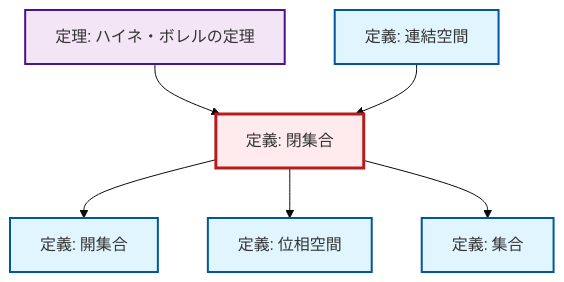
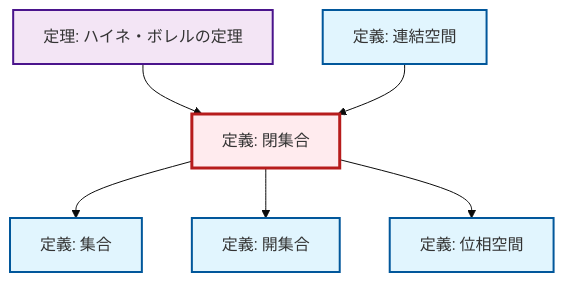
Before and after one commit to RK0429/ModernMath: the diagram in content/ja/topology/def-closed-set.qmd, drawn with Mermaid (base theme). The commit also changed other lines of this file and 328 other files, not shown here.

````diff
--- a/content/ja/topology/def-closed-set.qmd
+++ b/content/ja/topology/def-closed-set.qmd
@@ -45,26 +45,26 @@
 ```{mermaid}
 %%| fig-cap: "ローカル依存関係グラフ"
 graph TD
     classDef definition fill:#e1f5fe,stroke:#01579b,stroke-width:2px
     classDef theorem fill:#f3e5f5,stroke:#4a148c,stroke-width:2px
     classDef axiom fill:#fff3e0,stroke:#e65100,stroke-width:2px
     classDef example fill:#e8f5e9,stroke:#1b5e20,stroke-width:2px
     classDef current fill:#ffebee,stroke:#b71c1c,stroke-width:3px
+    thm-heine-borel["定理: ハイネ・ボレルの定理"]:::theorem
+    def-open-set["定義: 開集合"]:::definition
+    def-connected["定義: 連結空間"]:::definition
     def-set["定義: 集合"]:::definition
     def-topological-space["定義: 位相空間"]:::definition
     def-closed-set["定義: 閉集合"]:::definition
-    thm-heine-borel["定理: ハイネ・ボレルの定理"]:::theorem
-    def-open-set["定義: 開集合"]:::definition
-    def-connected["定義: 連結空間"]:::definition
-    def-closed-set --> def-open-set
     thm-heine-borel --> def-closed-set
     def-connected --> def-closed-set
+    def-closed-set --> def-set
+    def-closed-set --> def-open-set
     def-closed-set --> def-topological-space
-    def-closed-set --> def-set
     class def-closed-set current
-    click def-set "def-set.html" "集合の定義へ"
-    click def-topological-space "def-topological-space.html" "位相空間の定義へ"
     click thm-heine-borel "thm-heine-borel.html" "ハイネ・ボレルの定理の定理へ"
     click def-open-set "def-open-set.html" "開集合の定義へ"
     click def-connected "def-connected.html" "連結空間の定義へ"
+    click def-set "def-set.html" "集合の定義へ"
+    click def-topological-space "def-topological-space.html" "位相空間の定義へ"
 ```
````
